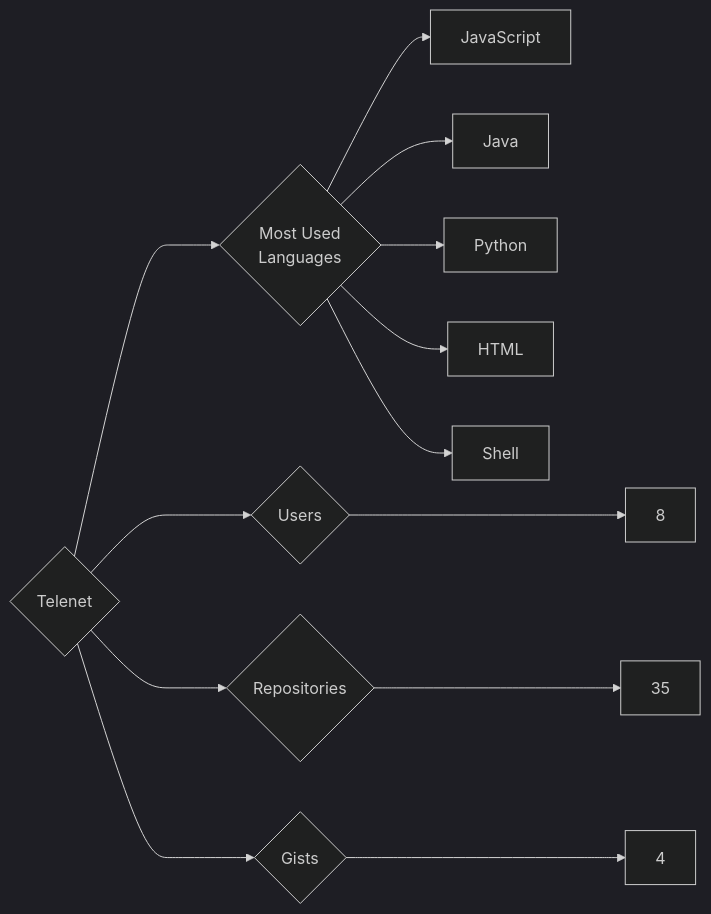
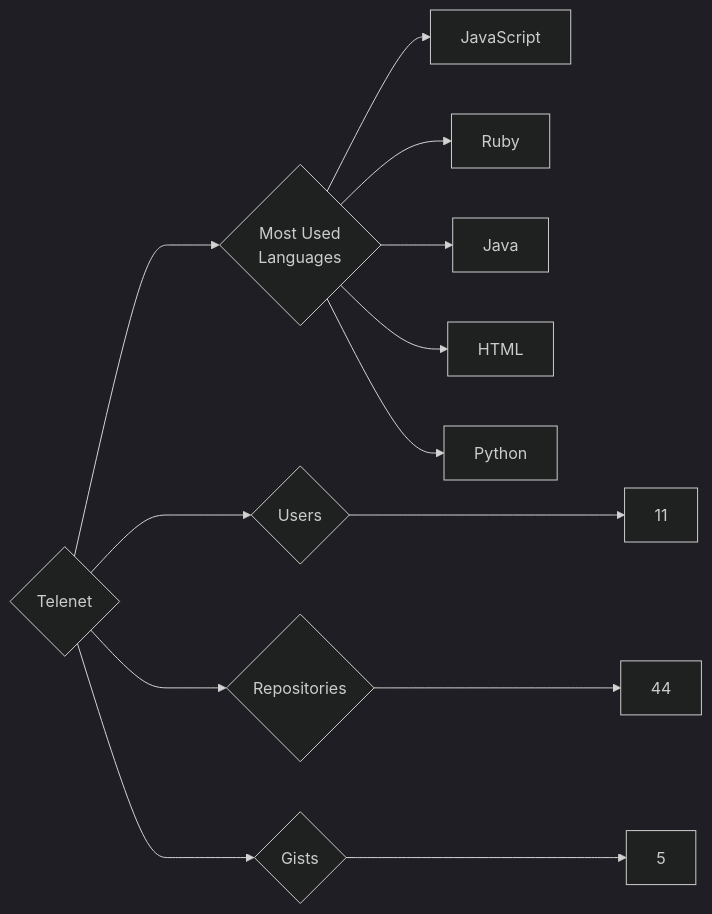
One commit to trickest/insiders changed the diagram in targets/Telenet/README.md. Above: the diagram before and after it, drawn with Mermaid (dark theme). The commit also changed 912 other files, not shown here.

````diff
--- a/targets/Telenet/README.md
+++ b/targets/Telenet/README.md
@@ -3,13 +3,13 @@
 ```mermaid
 graph LR
 COMPANY_NAME{Telenet}
-COMPANY_NAME ---> U{Users} ---> UN[8]
-COMPANY_NAME ---> R{Repositories} ---> RN[35]
-COMPANY_NAME ---> G{Gists} ---> GN[4]
+COMPANY_NAME ---> U{Users} ---> UN[11]
+COMPANY_NAME ---> R{Repositories} ---> RN[44]
+COMPANY_NAME ---> G{Gists} ---> GN[5]
 COMPANY_NAME ---> ML{Most Used<br>Languages}
 ML --> JavaScript[JavaScript]
+ML --> Ruby[Ruby]
 ML --> Java[Java]
+ML --> HTML[HTML]
 ML --> Python[Python]
-ML --> HTML[HTML]
-ML --> Shell[Shell]
 ```
````
